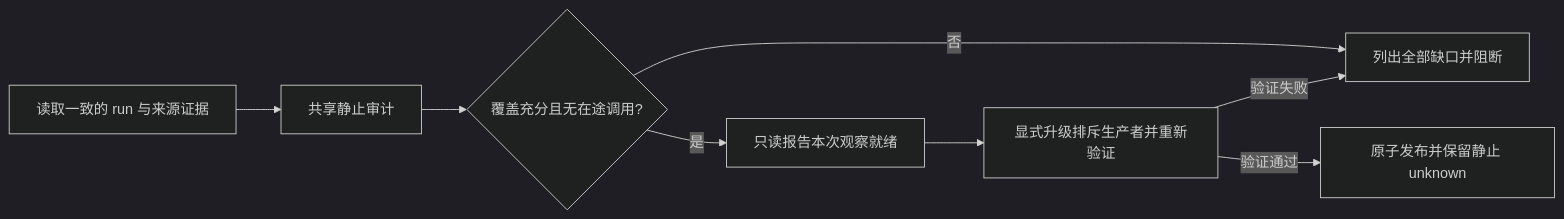
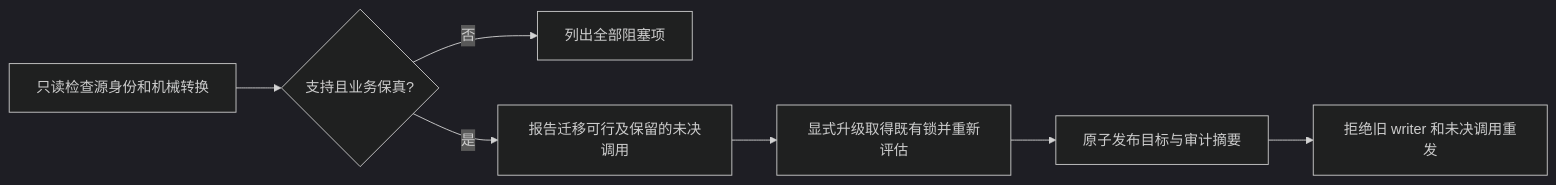
The diagram in docs/specs/multi-task-flow-unified-atomic-orchestration/SPEC.md (IvanLi-CN/Loomhelm), drawn with Mermaid (dark theme) before and after one commit. The commit also changed other lines of this file and 4 other files, not shown here.

Commit message:
docs(multi-task-flow): define mechanical upgrades preserving unresolved calls

````diff
--- a/docs/specs/multi-task-flow-unified-atomic-orchestration/SPEC.md
+++ b/docs/specs/multi-task-flow-unified-atomic-orchestration/SPEC.md
@@ -385,10 +385,9 @@
 ```mermaid
 flowchart LR
-    A[读取一致的 run 与来源证据] --> B[共享静止审计]
-    B --> C{覆盖充分且无在途调用?}
-    C -->|否| D[列出全部缺口并阻断]
-    C -->|是| E[只读报告本次观察就绪]
-    E --> F[显式升级排斥生产者并重新验证]
-    F -->|验证失败| D
-    F -->|验证通过| G[原子发布并保留静止 unknown]
+    A[只读检查源身份和机械转换] --> B{支持且业务保真?}
+    B -->|否| C[列出全部阻塞项]
+    B -->|是| D[报告迁移可行及保留的未决调用]
+    D --> E[显式升级取得既有锁并重新评估]
+    E --> F[原子发布目标与审计摘要]
+    F --> G[拒绝旧 writer 和未决调用重发]
 ```
````
